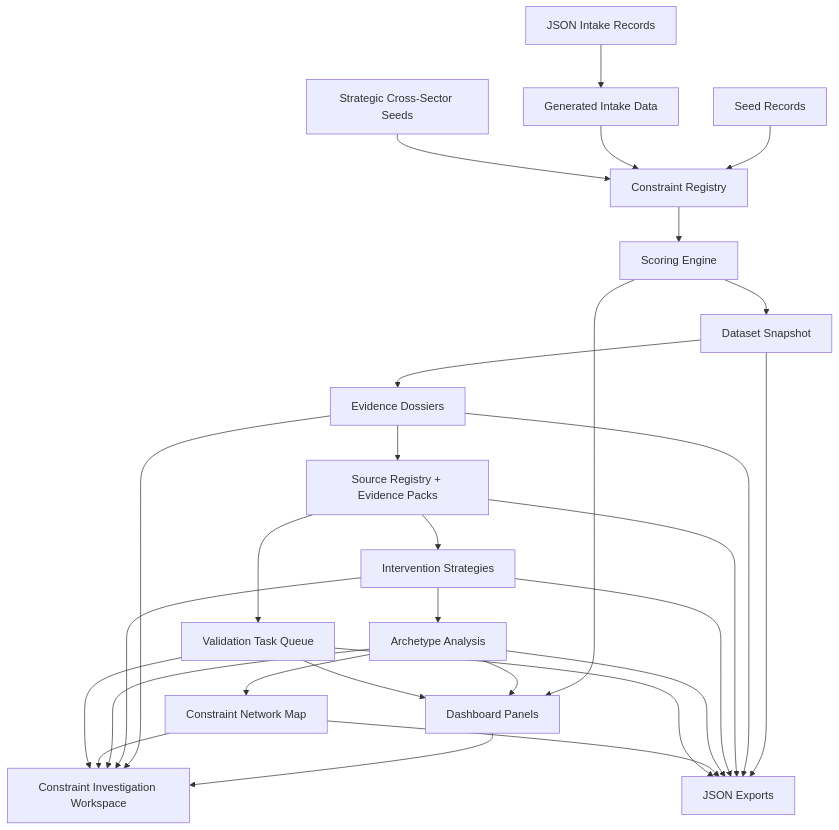
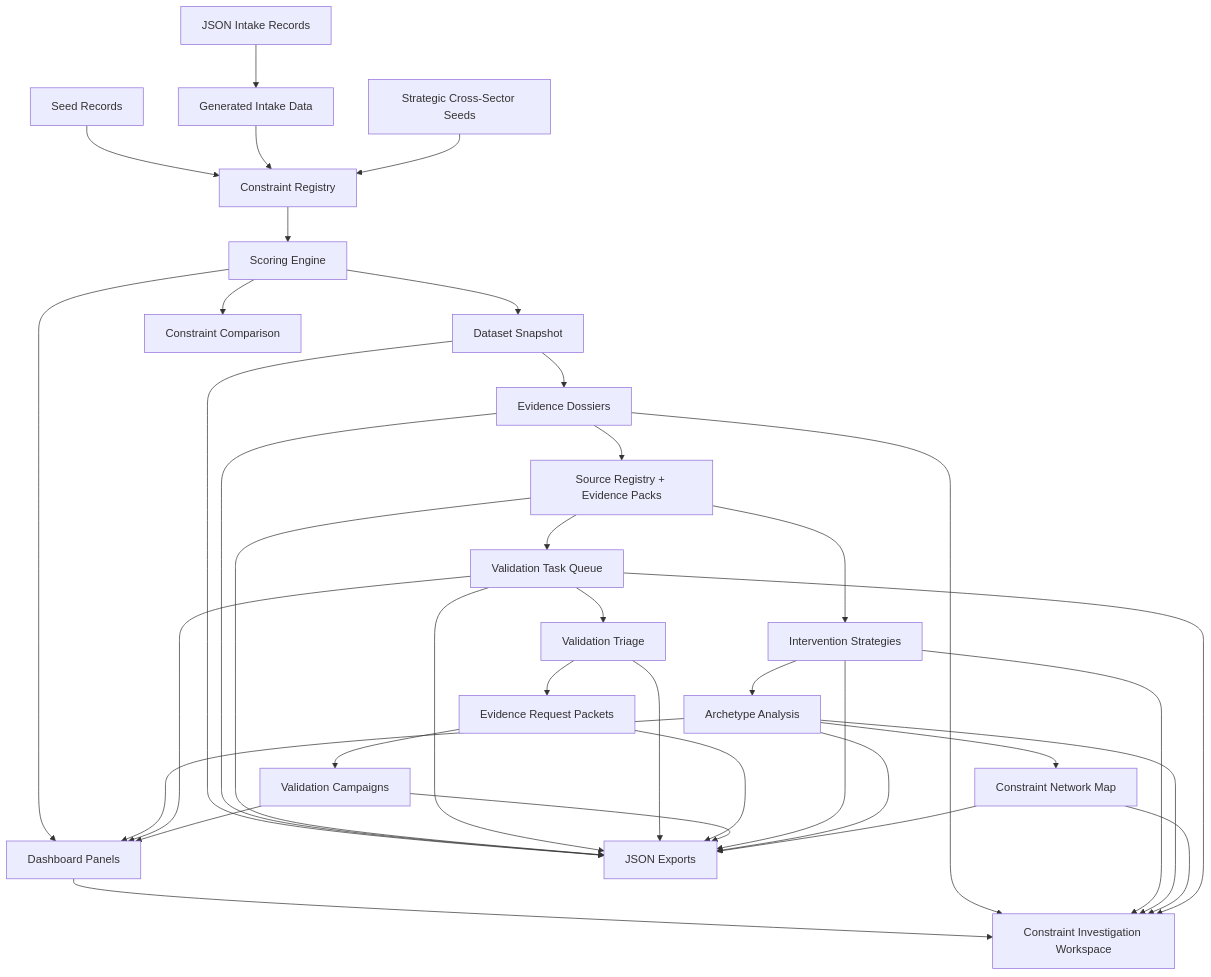
Before and after one commit to EtherTabu/economic-x-ray-vision: the second of 2 diagrams in README.md, drawn with Mermaid. The commit also changed other lines of this file and 10 other files, not shown here.

````diff
--- a/README.md
+++ b/README.md
@@ -88,31 +135,39 @@
 ```mermaid
 flowchart TD
   A["Seed Records"] --> C["Constraint Registry"]
   B["JSON Intake Records"] --> D["Generated Intake Data"]
   D --> C
   E["Strategic Cross-Sector Seeds"] --> C
   C --> F["Scoring Engine"]
   F --> G["Dataset Snapshot"]
   G --> H["Evidence Dossiers"]
   H --> O["Source Registry + Evidence Packs"]
+  O --> P["Validation Task Queue"]
+  P --> Q["Validation Triage"]
+  Q --> R["Evidence Request Packets"]
+  R --> S["Validation Campaigns"]
   O --> I["Intervention Strategies"]
   I --> J["Archetype Analysis"]
   J --> N["Constraint Network Map"]
-  O --> P["Validation Task Queue"]
+  F --> T["Constraint Comparison"]
   F --> K["Dashboard Panels"]
   K --> M["Constraint Investigation Workspace"]
   H --> M
   I --> M
   J --> M
   N --> M
   P --> M
   G --> L["JSON Exports"]
   H --> L
   O --> L
+  P --> L
+  Q --> L
+  R --> L
+  S --> L
   I --> L
   J --> L
   N --> L
-  P --> L
   J --> K
   P --> K
+  S --> K
 ```
````
